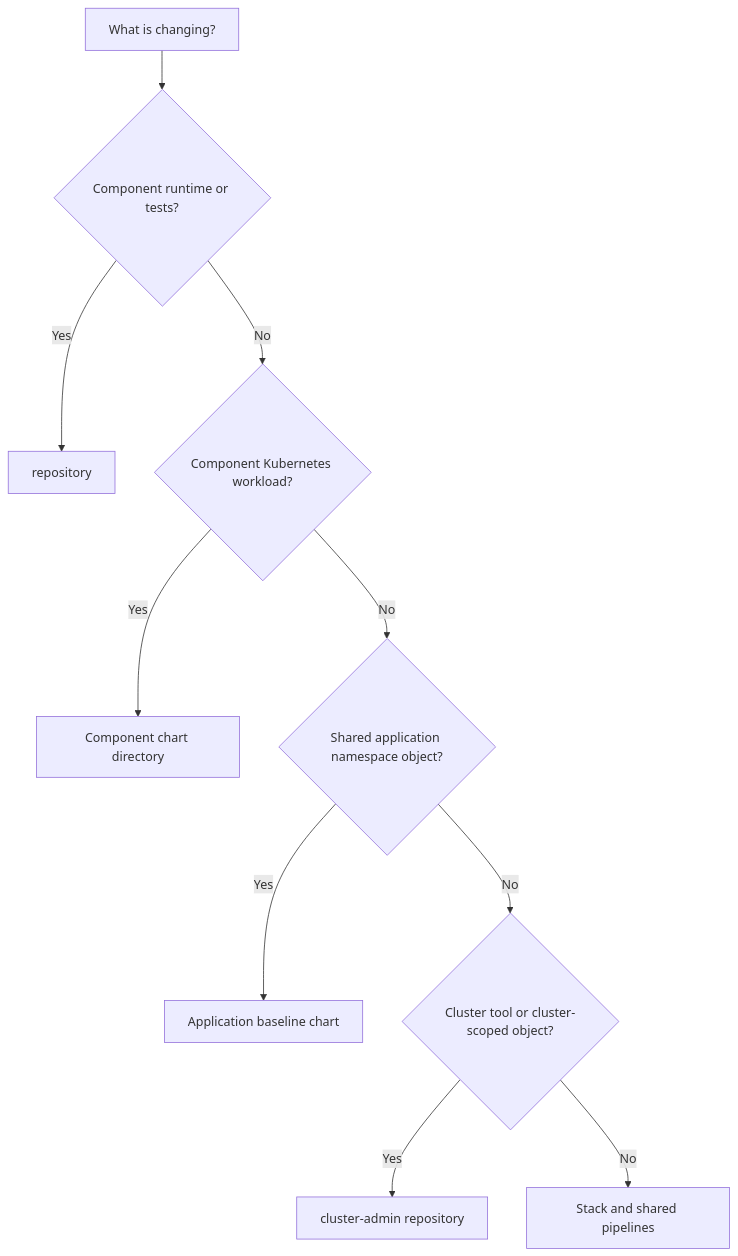
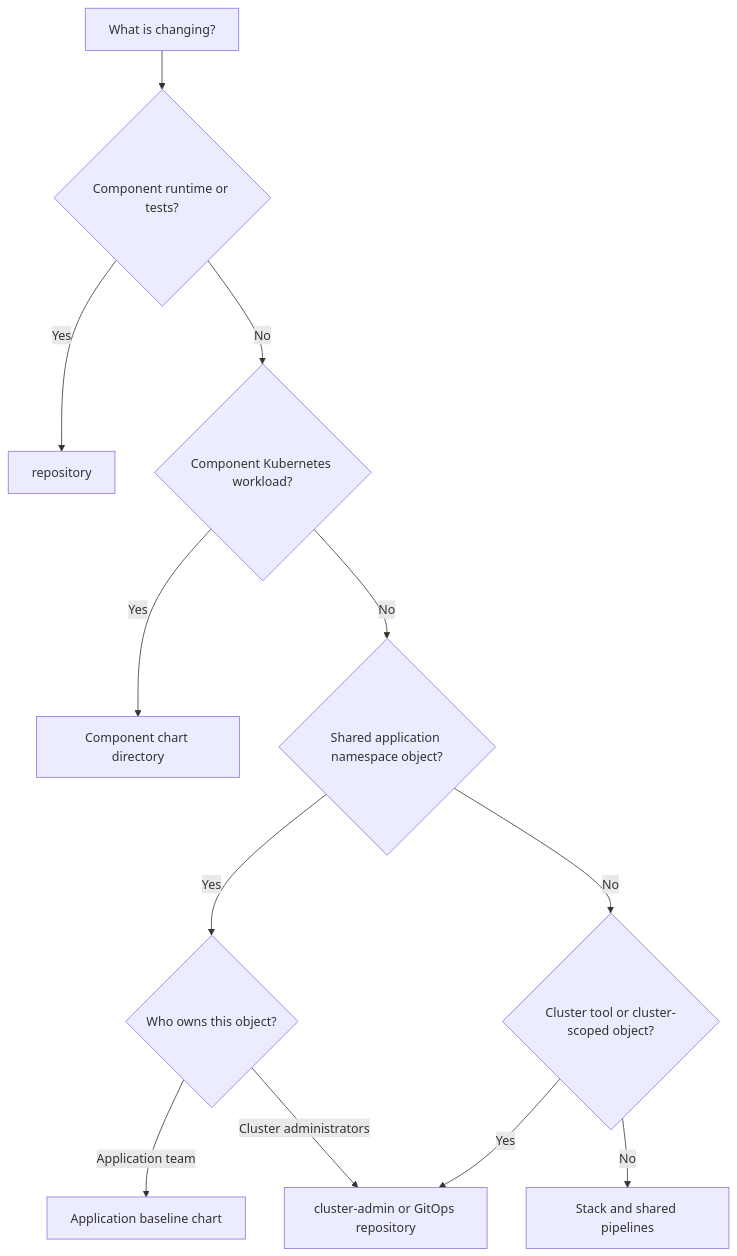
The diagram in oci-and-db/cloud-native/devops-and-containers/devops/oci-devops-rm/files/docs/responsibilities.md (oracle-devrel/technology-engineering), drawn with Mermaid before and after one commit. The commit also changed other lines of this file and 190 other files, not shown here.

````diff
--- a/oci-and-db/cloud-native/devops-and-containers/devops/oci-devops-rm/files/docs/responsibilities.md
+++ b/oci-and-db/cloud-native/devops-and-containers/devops/oci-devops-rm/files/docs/responsibilities.md
@@ -43,12 +43,14 @@
 ```mermaid
 flowchart TB
   Change["What is changing?"] --> Runtime{"Component runtime or tests?"}
   Runtime -->|Yes| Source["<component> repository"]
   Runtime -->|No| Workload{"Component Kubernetes workload?"}
   Workload -->|Yes| ComponentChart["Component chart directory"]
   Workload -->|No| AppShared{"Shared application namespace object?"}
-  AppShared -->|Yes| AppChart["Application baseline chart"]
+  AppShared -->|Yes| Owner{"Who owns this object?"}
+  Owner -->|Application team| AppChart["Application baseline chart"]
+  Owner -->|Cluster administrators| ClusterAdmin["cluster-admin or GitOps repository"]
   AppShared -->|No| Cluster{"Cluster tool or cluster-scoped object?"}
-  Cluster -->|Yes| ClusterAdmin["cluster-admin repository"]
+  Cluster -->|Yes| ClusterAdmin
   Cluster -->|No| Platform["Stack and shared pipelines"]
 ```
````
